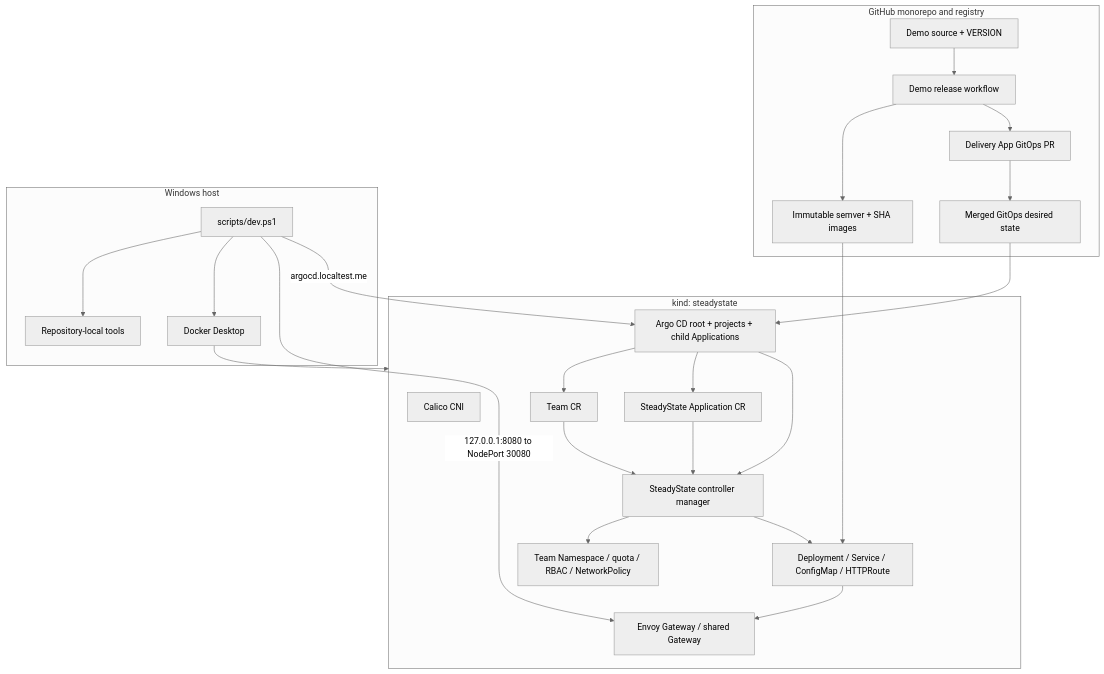
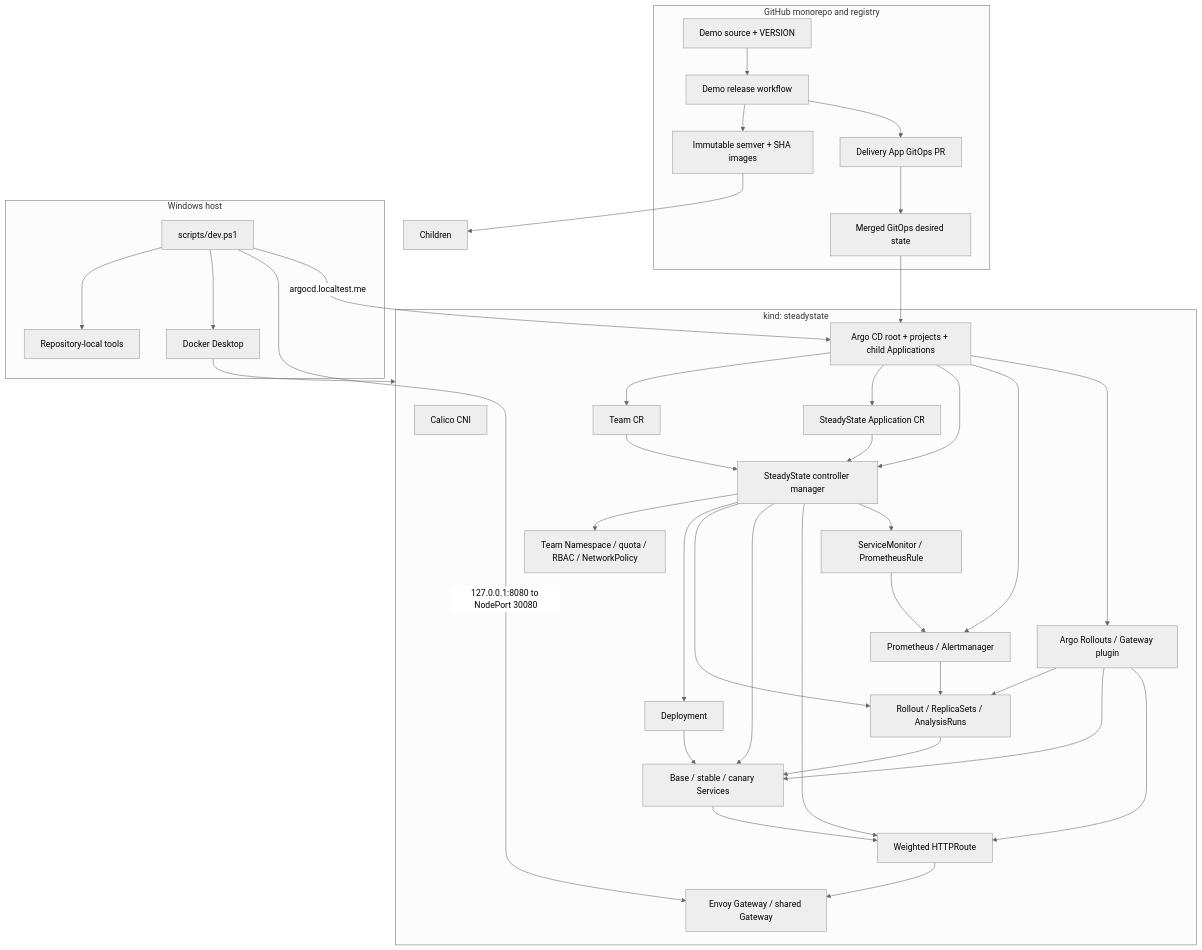
One commit to saadabdullaah/steadystate changed the diagram in docs/architecture.md. Above: the diagram before and after it, drawn with Mermaid (neutral theme). The commit also changed other lines of this file and 20 other files, not shown here.

````diff
--- a/docs/architecture.md
+++ b/docs/architecture.md
@@ -3,39 +3,59 @@
 ```mermaid
 flowchart TB
     subgraph Repository["GitHub monorepo and registry"]
         Source["Demo source + VERSION"]
         Release["Demo release workflow"]
         GHCR["Immutable semver + SHA images"]
         BotPR["Delivery App GitOps PR"]
         Desired["Merged GitOps desired state"]
         Source --> Release --> GHCR
         Release --> BotPR --> Desired
     end
     subgraph Host["Windows host"]
         Dev["scripts/dev.ps1"]
         Tools["Repository-local tools"]
         Docker["Docker Desktop"]
         Dev --> Tools
         Dev --> Docker
     end
     subgraph Cluster["kind: steadystate"]
         Calico["Calico CNI"]
         Argo["Argo CD root + projects + child Applications"]
         TeamCR["Team CR"]
         Boundary["Team Namespace / quota / RBAC / NetworkPolicy"]
         AppCR["SteadyState Application CR"]
         Manager["SteadyState controller manager"]
-        Children["Deployment / Service / ConfigMap / HTTPRoute"]
+        Rolling["Deployment"]
+        Canary["Rollout / ReplicaSets / AnalysisRuns"]
+        Services["Base / stable / canary Services"]
+        Route["Weighted HTTPRoute"]
+        Monitors["ServiceMonitor / PrometheusRule"]
+        Prometheus["Prometheus / Alertmanager"]
+        Rollouts["Argo Rollouts / Gateway plugin"]
         EG["Envoy Gateway / shared Gateway"]
         Argo --> TeamCR
         Argo --> AppCR
         Argo --> Manager
+        Argo --> Prometheus
+        Argo --> Rollouts
         TeamCR --> Manager --> Boundary
-        AppCR --> Manager --> Children --> EG
+        AppCR --> Manager
+        Manager --> Rolling
+        Manager --> Canary
+        Manager --> Services
+        Manager --> Route
+        Manager --> Monitors
+        Rollouts --> Canary
+        Rollouts --> Services
+        Rollouts --> Route
+        Prometheus --> Canary
+        Monitors --> Prometheus
+        Rolling --> Services --> Route --> EG
+        Canary --> Services
     end
     Docker --> Cluster
     Desired --> Argo
     GHCR --> Children
     Dev -->|"127.0.0.1:8080 to NodePort 30080"| EG
     Dev -->|"argocd.localtest.me"| Argo
 ```
````
